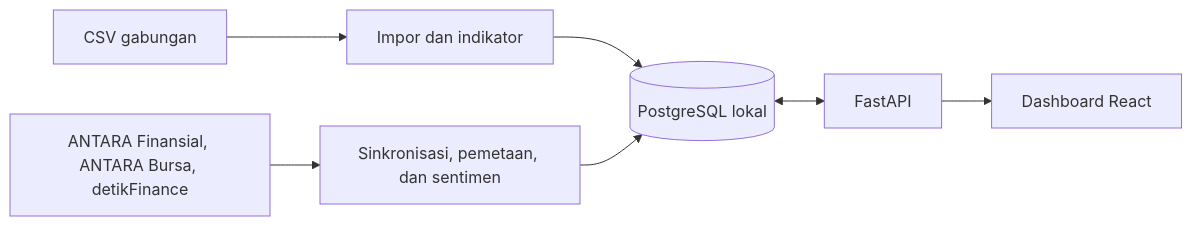
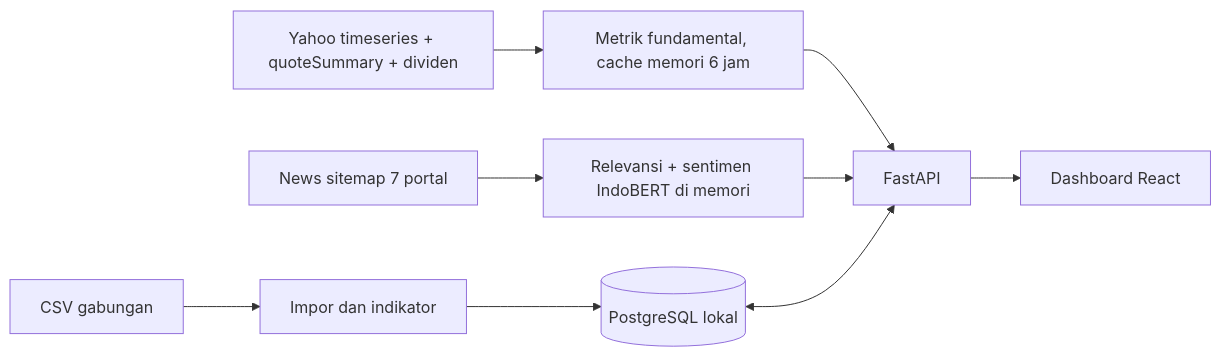
Before and after one commit to Rizal-Nurochman/web-stock-analyzer: the diagram in docs/architecture.md, drawn with Mermaid. The commit also changed other lines of this file and 131 other files, not shown here.

Commit message:
feat: chart, bollinger band, volume, sentiment analysis, fundamental analysis

````diff
--- a/docs/architecture.md
+++ b/docs/architecture.md
@@ -43,9 +43,11 @@
 ```mermaid
 flowchart LR
     CSV[CSV gabungan] --> Market[Impor dan indikator]
-    RSS[ANTARA Finansial, ANTARA Bursa, detikFinance] --> News[Sinkronisasi, pemetaan, dan sentimen]
+    NewsSites[News sitemap 7 portal] --> News[Relevansi + sentimen IndoBERT di memori]
+    YahooFund[Yahoo timeseries + quoteSummary + dividen] --> Fund[Metrik fundamental, cache memori 6 jam]
+    Fund --> API
     Market --> DB[(PostgreSQL lokal)]
-    News --> DB
+    News --> API
     DB <--> API[FastAPI]
     API --> Web[Dashboard React]
 ```
````
